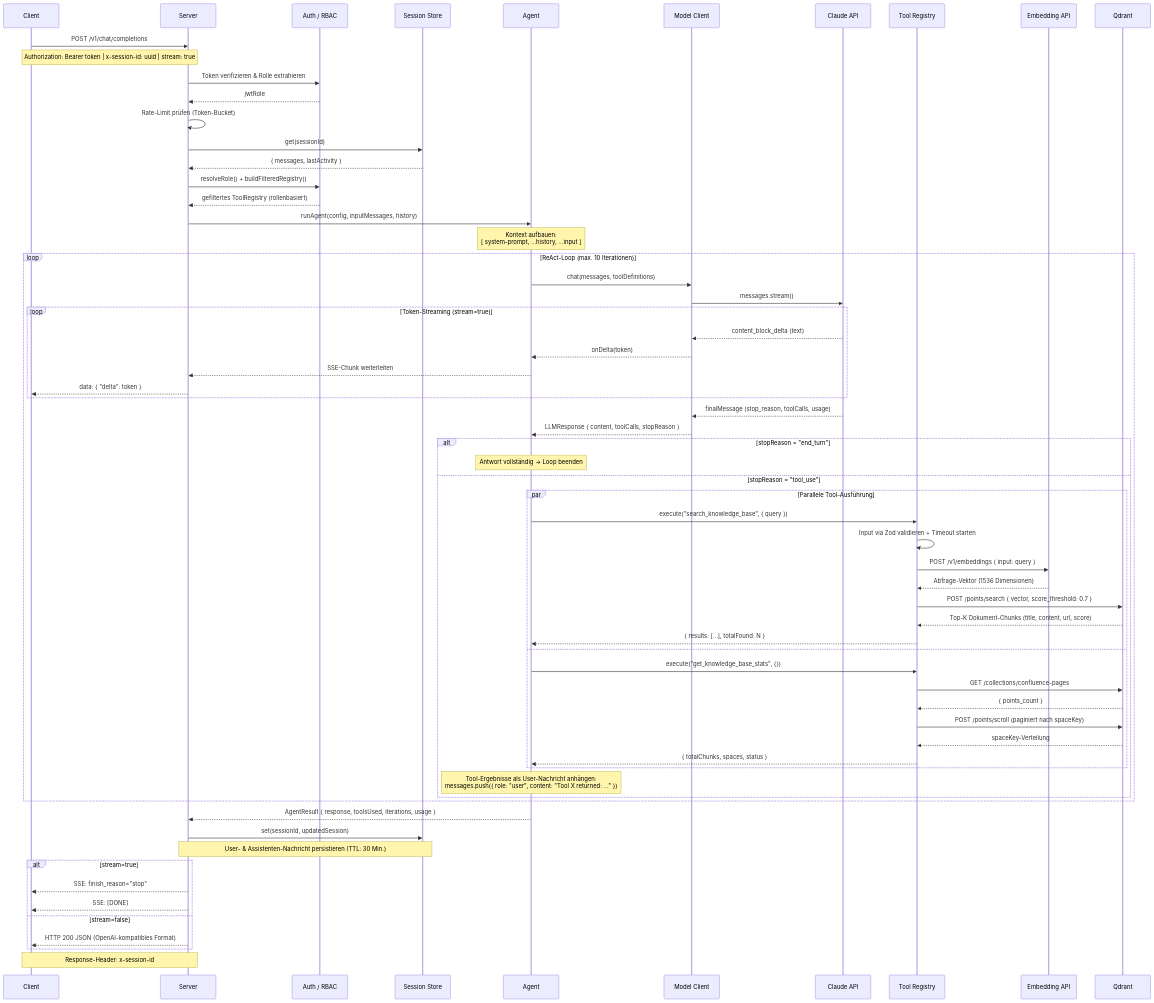
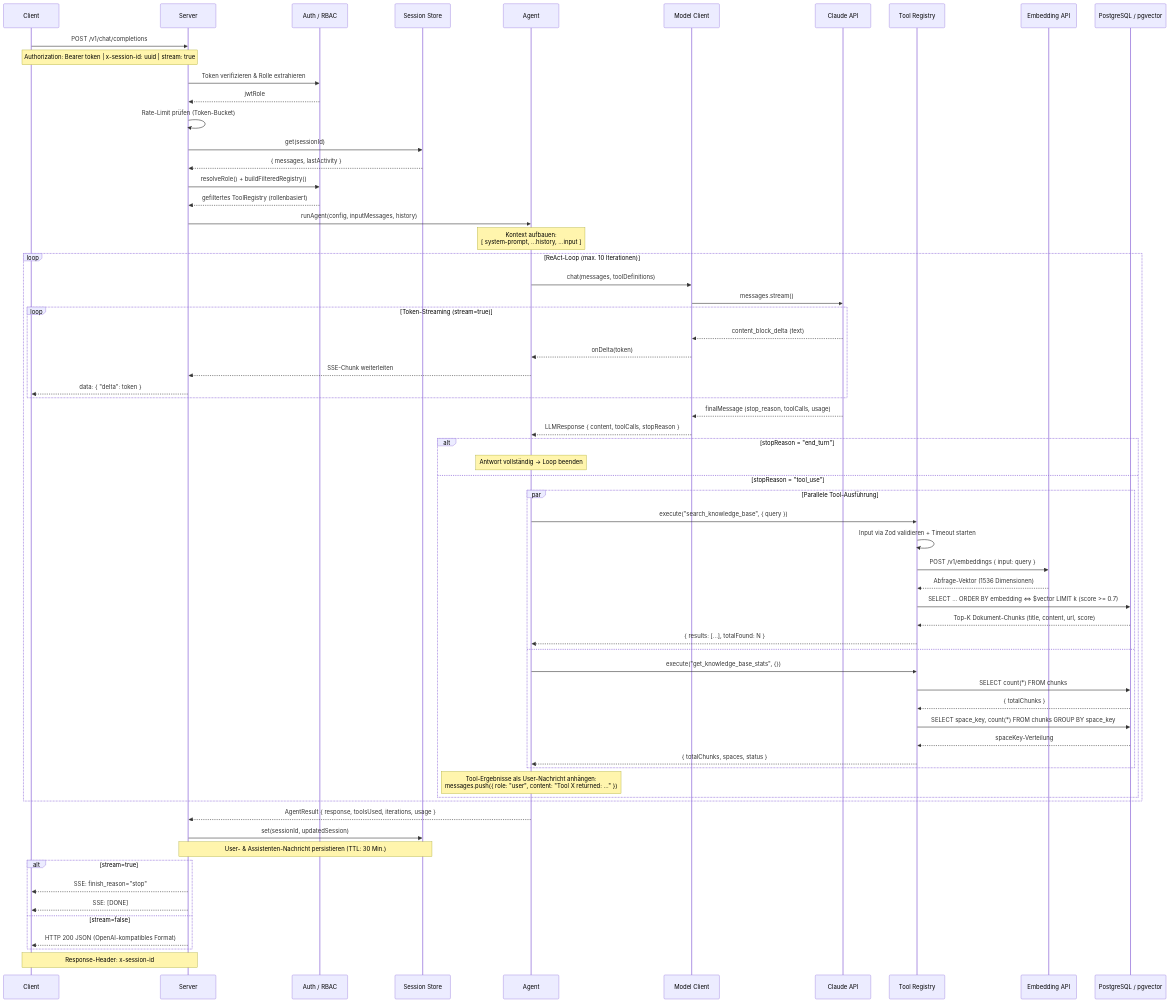
Before and after one commit to franjofranjic27/fredy: the diagram in docs/agent-sequence-diagram.md, drawn with Mermaid. The commit also changed 87 other files, not shown here.

```diff
--- a/docs/agent-sequence-diagram.md
+++ b/docs/agent-sequence-diagram.md
@@ -11,7 +11,7 @@
     participant LLM as Claude API
     participant TR as Tool Registry
     participant Emb as Embedding API
-    participant Q as Qdrant
+    participant Q as PostgreSQL / pgvector
 
     C->>S: POST /v1/chat/completions
     Note over C,S: Authorization: Bearer token | x-session-id: uuid | stream: true
@@ -56,16 +56,16 @@
                 TR->>TR: Input via Zod validieren + Timeout starten
                 TR->>Emb: POST /v1/embeddings { input: query }
                 Emb-->>TR: Abfrage-Vektor (1536 Dimensionen)
-                TR->>Q: POST /points/search { vector, score_threshold: 0.7 }
+                TR->>Q: SELECT ... ORDER BY embedding <=> $vector LIMIT k (score >= 0.7)
                 Q-->>TR: Top-K Dokument-Chunks (title, content, url, score)
                 TR-->>Ag: { results: [...], totalFound: N }
 
             and
 
                 Ag->>TR: execute("get_knowledge_base_stats", {})
-                TR->>Q: GET /collections/confluence-pages
-                Q-->>TR: { points_count }
-                TR->>Q: POST /points/scroll (paginiert nach spaceKey)
+                TR->>Q: SELECT count(*) FROM chunks
+                Q-->>TR: { totalChunks }
+                TR->>Q: SELECT space_key, count(*) FROM chunks GROUP BY space_key
                 Q-->>TR: spaceKey-Verteilung
                 TR-->>Ag: { totalChunks, spaces, status }
 
```
